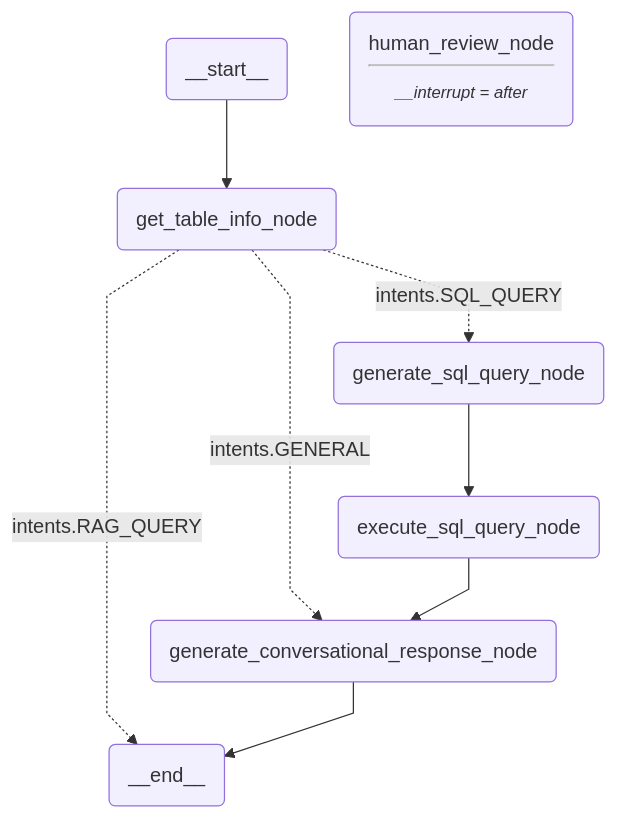
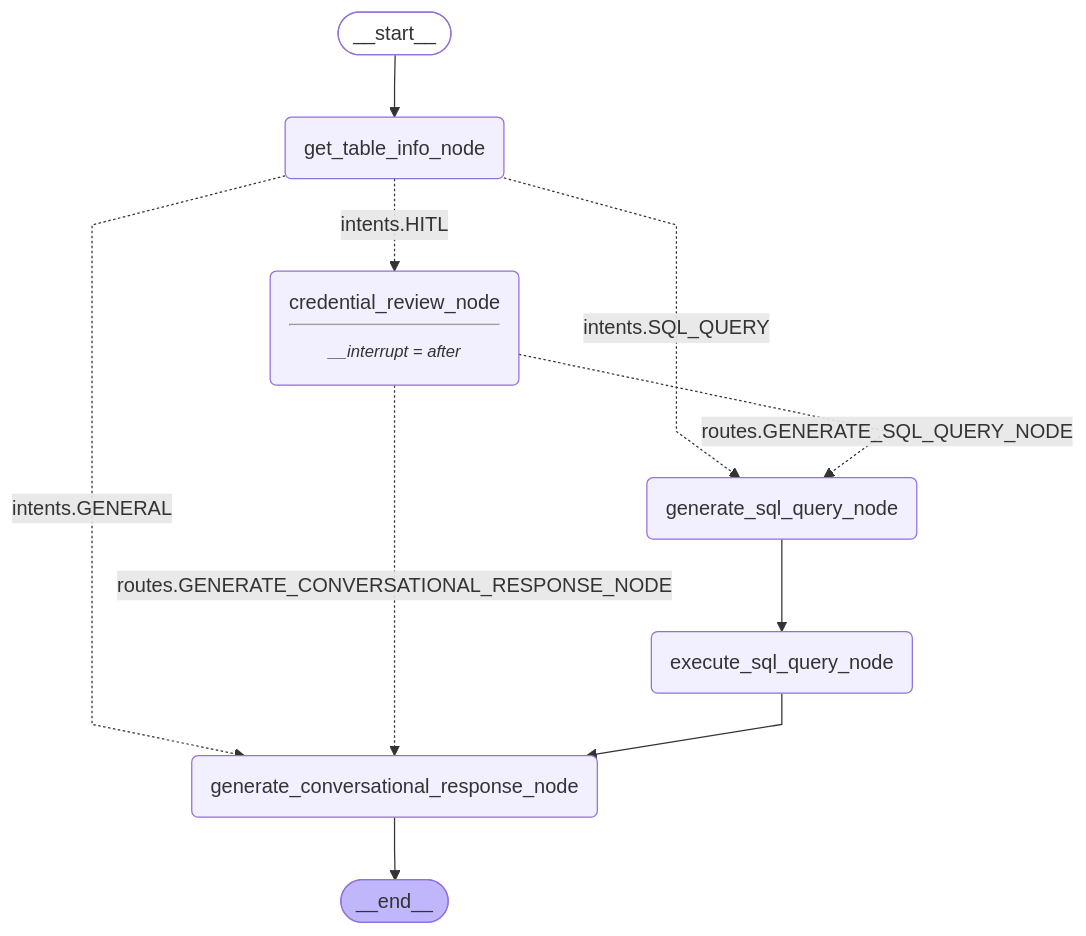
The diagram in agent_workflow_graph.mmd (lakmalab/LibrAI-intelligent-library-chatbot-langraph-backend), drawn with Mermaid before and after one commit. The commit also changed 12 other files, not shown here.

Commit message:
feat: add credential review and verification nodes to enhance user authentication flow

```diff
--- a/agent_workflow_graph.mmd
+++ b/agent_workflow_graph.mmd
@@ -1,25 +1,27 @@
 ---
 config:
   flowchart:
     curve: linear
 ---
 graph TD;
-    __start__("<p>__start__</p>")
-    generate_conversational_response_node("generate_conversational_response_node")
-    get_table_info_node("get_table_info_node")
-    human_review_node("human_review_node<hr/><small><em>__interrupt = after</em></small>")
-    generate_sql_query_node("generate_sql_query_node")
-    execute_sql_query_node("execute_sql_query_node")
-    __end__("<p>__end__</p>")
+    __start__([<p>__start__</p>]):::first
+    generate_conversational_response_node(generate_conversational_response_node)
+    get_table_info_node(get_table_info_node)
+    credential_review_node(credential_review_node<hr/><small><em>__interrupt = after</em></small>)
+    generate_sql_query_node(generate_sql_query_node)
+    execute_sql_query_node(execute_sql_query_node)
+    __end__([<p>__end__</p>]):::last
 
     __start__ --> get_table_info_node
-    get_table_info_node -. "intents.RAG_QUERY" .-> __end__
+    get_table_info_node -. "intents.HITL" .-> credential_review_node
     get_table_info_node -. "intents.GENERAL" .-> generate_conversational_response_node
     get_table_info_node -. "intents.SQL_QUERY" .-> generate_sql_query_node
+    credential_review_node -. "routes.GENERATE_CONVERSATIONAL_RESPONSE_NODE" .-> generate_conversational_response_node
+    credential_review_node -. "routes.GENERATE_SQL_QUERY_NODE" .-> generate_sql_query_node
     generate_sql_query_node --> execute_sql_query_node
     execute_sql_query_node --> generate_conversational_response_node
     generate_conversational_response_node --> __end__
 
     classDef default fill:#f2f0ff,line-height:1.2
     classDef first fill-opacity:0
     classDef last fill:#bfb6fc
```
